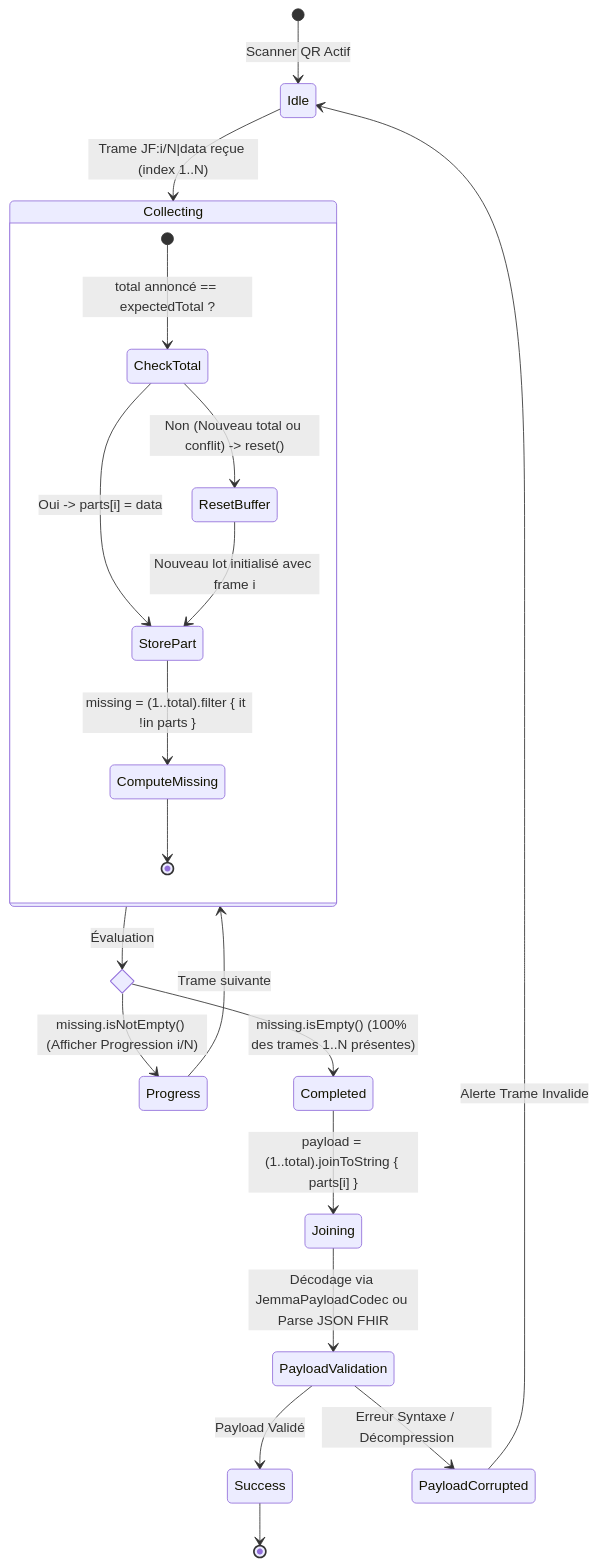
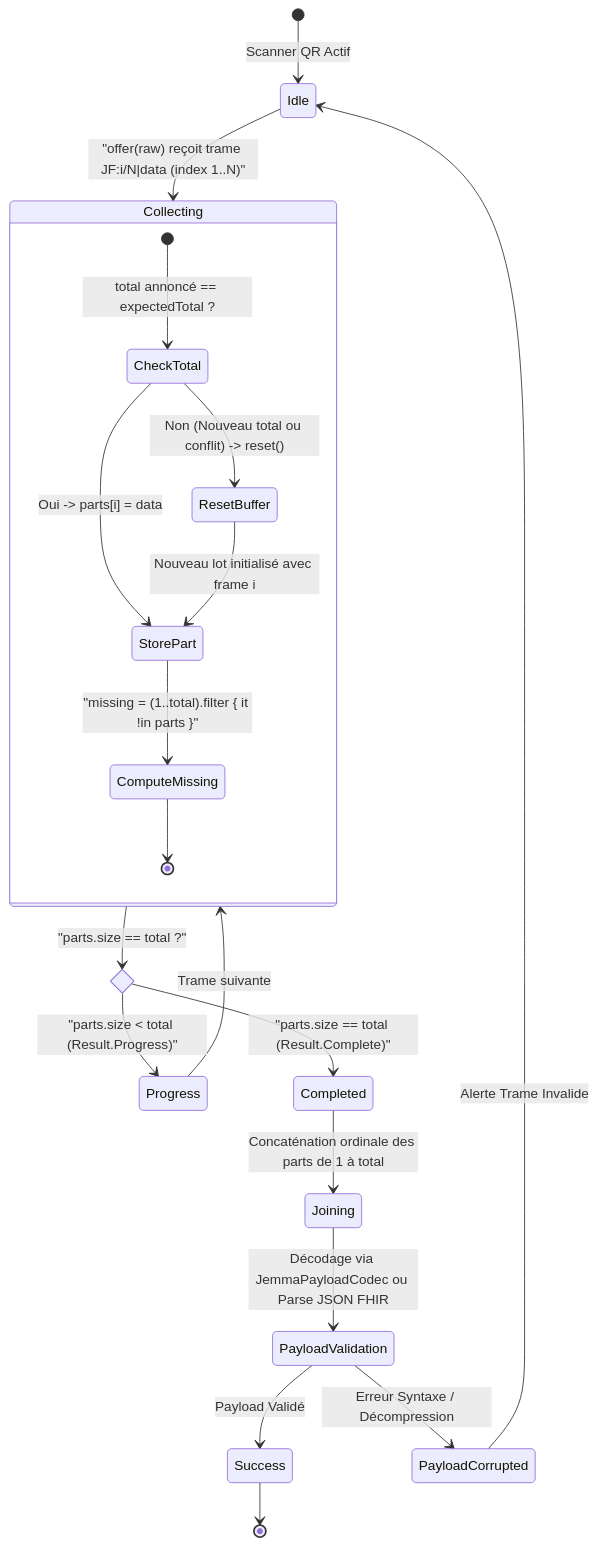
One commit to kurodohenroonsen/JemmaPass changed diagram 12 of 21 in docs/DOCUMENTATION_UML_FONCTIONNELLE.md. Above: the diagram before and after it, drawn with Mermaid. The commit also changed other lines of this file and 1 other file, not shown here.

````diff
--- a/docs/DOCUMENTATION_UML_FONCTIONNELLE.md
+++ b/docs/DOCUMENTATION_UML_FONCTIONNELLE.md
@@ -606,29 +613,29 @@
 ```mermaid
 stateDiagram-v2
     [*] --> Idle : Scanner QR Actif
 
-    Idle --> Collecting : Trame JF:i/N|data reçue (index 1..N)
+    Idle --> Collecting : "offer(raw) reçoit trame JF:i/N|data (index 1..N)"
 
     state Collecting {
         [*] --> CheckTotal : total annoncé == expectedTotal ?
         CheckTotal --> ResetBuffer : Non (Nouveau total ou conflit) -> reset()
         CheckTotal --> StorePart : Oui -> parts[i] = data
         ResetBuffer --> StorePart : Nouveau lot initialisé avec frame i
-        StorePart --> ComputeMissing : missing = (1..total).filter { it !in parts }
+        StorePart --> ComputeMissing : "missing = (1..total).filter { it !in parts }"
         ComputeMissing --> [*]
     }
 
     state CompletionCheck <<choice>>
-    Collecting --> CompletionCheck : Évaluation
+    Collecting --> CompletionCheck : "parts.size == total ?"
 
-    CompletionCheck --> Progress : missing.isNotEmpty() (Afficher Progression i/N)
-    CompletionCheck --> Completed : missing.isEmpty() (100% des trames 1..N présentes)
+    CompletionCheck --> Progress : "parts.size < total (Result.Progress)"
+    CompletionCheck --> Completed : "parts.size == total (Result.Complete)"
 
     Progress --> Collecting : Trame suivante
-    Completed --> Joining : payload = (1..total).joinToString { parts[i] }
+    Completed --> Joining : Concaténation ordinale des parts de 1 à total
     Joining --> PayloadValidation : Décodage via JemmaPayloadCodec ou Parse JSON FHIR
     PayloadValidation --> Success : Payload Validé
     PayloadValidation --> PayloadCorrupted : Erreur Syntaxe / Décompression
     PayloadCorrupted --> Idle : Alerte Trame Invalide
     Success --> [*]
 ```
````
